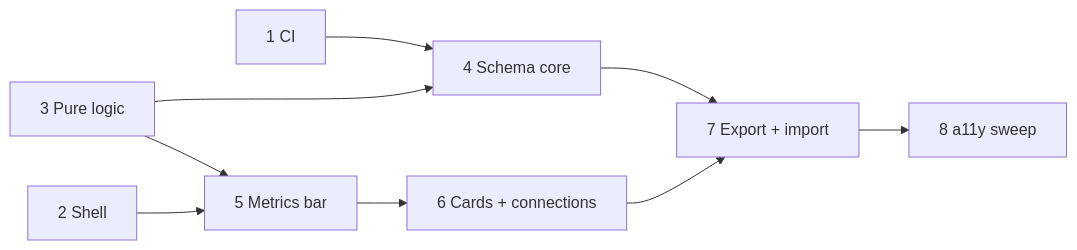
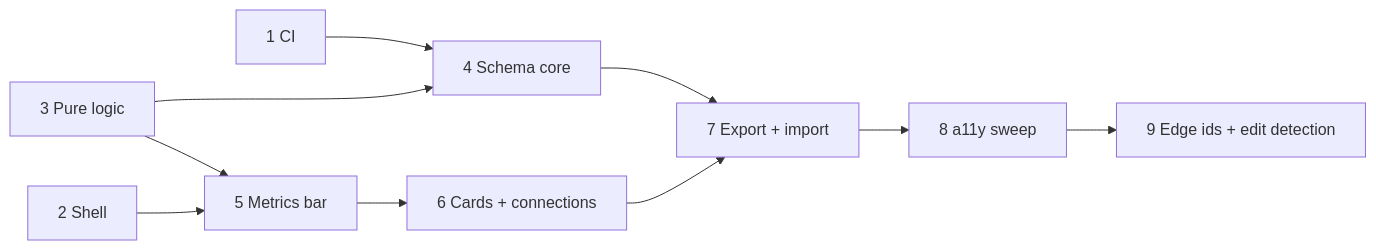
One commit to bailejl/ai-enabler changed the diagram in plans/ui-shell.md. Above: the diagram before and after it, drawn with Mermaid. The commit also changed other lines of this file and 1 other file, not shown here.

Commit message:
docs: add edge id rule and edit detection (Slice 9) to ui-shell spec and plan

````diff
--- a/plans/ui-shell.md
+++ b/plans/ui-shell.md
@@ -1181,11 +1278,12 @@
 ```mermaid
 graph LR
   S1[1 CI] --> S4[4 Schema core]
   S3[3 Pure logic] --> S4
   S2[2 Shell] --> S5[5 Metrics bar]
   S3 --> S5
   S5 --> S6[6 Cards + connections]
   S4 --> S7[7 Export + import]
   S6 --> S7
   S7 --> S8[8 a11y sweep]
+  S8 --> S9[9 Edge ids + edit detection]
 ```
````
